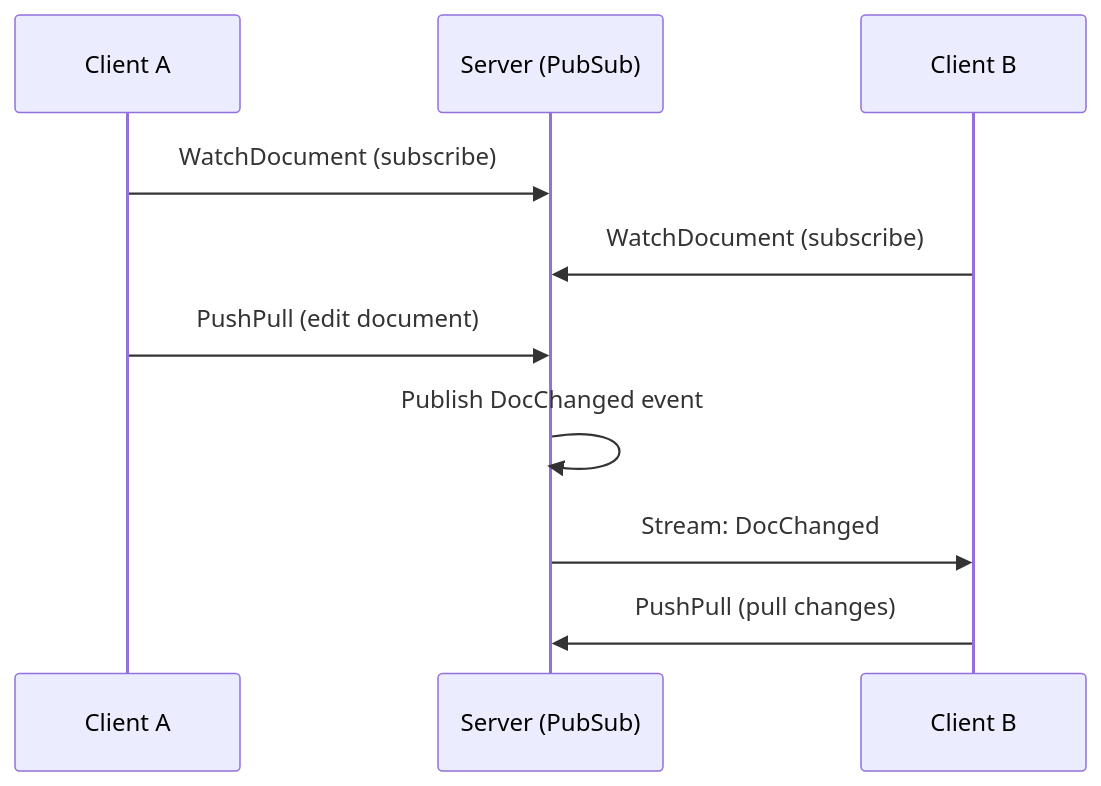
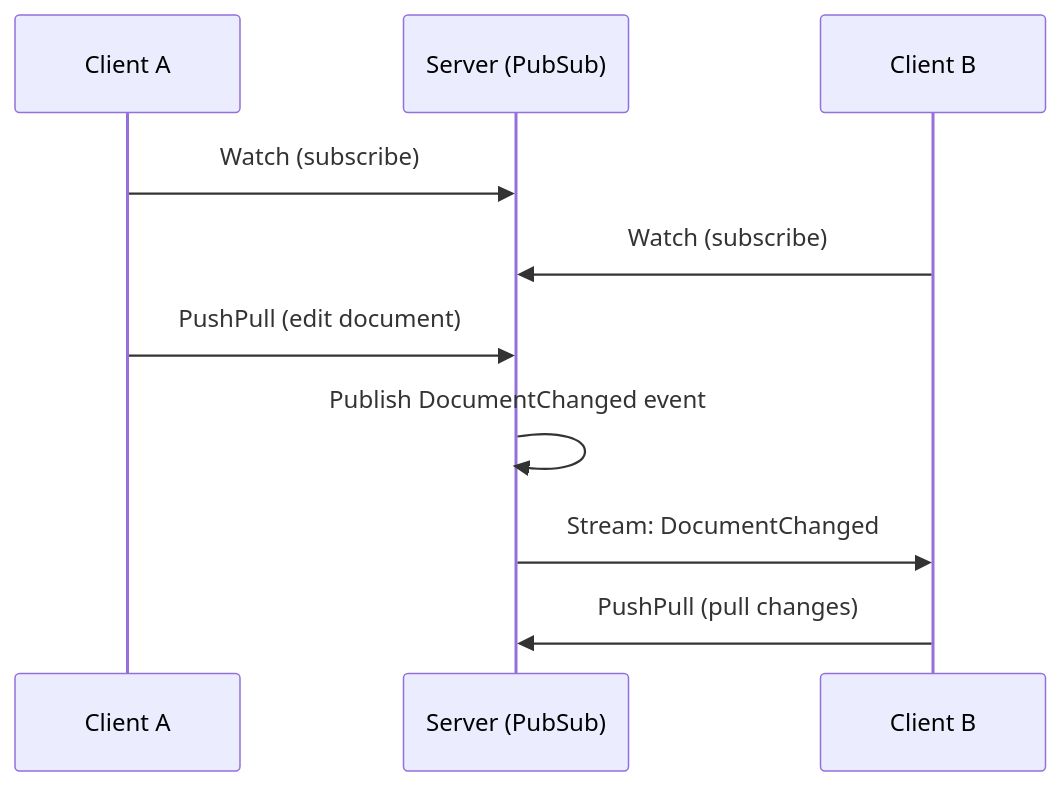
One commit to yorkie-team/yorkie-team.github.io changed the fourth of 4 diagrams in docs/internals/synchronization.mdx. Above: the diagram before and after it, drawn with Mermaid. The commit also changed other lines of this file and 57 other files, not shown here.

````diff
--- a/docs/internals/synchronization.mdx
+++ b/docs/internals/synchronization.mdx
@@ -191,13 +187,13 @@
 ```mermaid
 sequenceDiagram
     participant A as Client A
     participant S as Server (PubSub)
     participant B as Client B
 
-    A->>S: WatchDocument (subscribe)
-    B->>S: WatchDocument (subscribe)
+    A->>S: Watch (subscribe)
+    B->>S: Watch (subscribe)
     A->>S: PushPull (edit document)
-    S->>S: Publish DocChanged event
-    S->>B: Stream: DocChanged
+    S->>S: Publish DocumentChanged event
+    S->>B: Stream: DocumentChanged
     B->>S: PushPull (pull changes)
 ```
````
